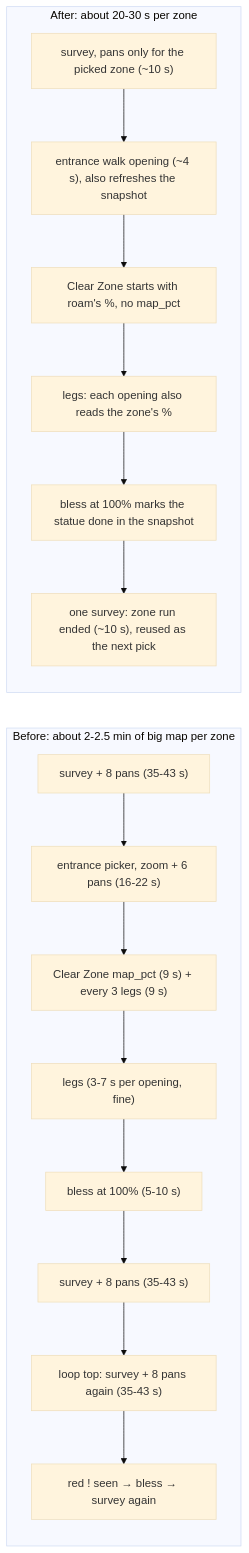
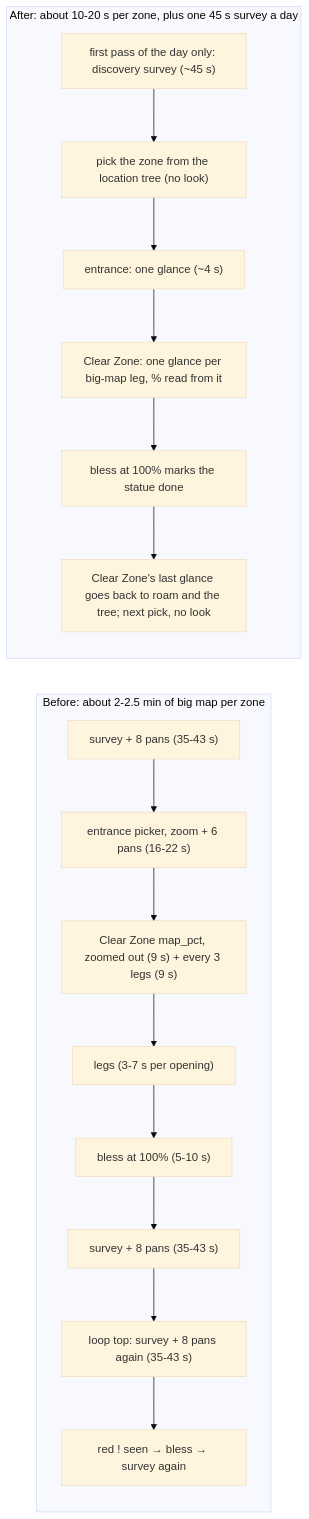
One commit to Sun-flow/sxs-agent changed the second of 2 diagrams in docs/big-map-survey.md. Above: the diagram before and after it, drawn with Mermaid (base theme). The commit also changed other lines of this file and 3 other files, not shown here.

First line of the commit message:
Big-map survey doc: mae's decisions (glances for walking, discovery survey once a day)

````diff
--- a/docs/big-map-survey.md
+++ b/docs/big-map-survey.md
@@ -186,21 +204,21 @@
 ```mermaid
 flowchart LR
     subgraph Before["Before: about 2-2.5 min of big map per zone"]
         direction TB
         b1["survey + 8 pans (35-43 s)"] --> b2["entrance picker, zoom + 6 pans (16-22 s)"]
-        b2 --> b3["Clear Zone map_pct (9 s) + every 3 legs (9 s)"]
-        b3 --> b4["legs (3-7 s per opening, fine)"]
+        b2 --> b3["Clear Zone map_pct, zoomed out (9 s) + every 3 legs (9 s)"]
+        b3 --> b4["legs (3-7 s per opening)"]
         b4 --> b5["bless at 100% (5-10 s)"]
         b5 --> b6["survey + 8 pans (35-43 s)"]
         b6 --> b7["loop top: survey + 8 pans again (35-43 s)"]
         b7 --> b8["red ! seen → bless → survey again"]
     end
-    subgraph After["After: about 20-30 s per zone"]
+    subgraph After["After: about 10-20 s per zone, plus one 45 s survey a day"]
         direction TB
-        a1["survey, pans only for the picked zone (~10 s)"] --> a2["entrance walk opening (~4 s), also refreshes the snapshot"]
-        a2 --> a3["Clear Zone starts with roam's %, no map_pct"]
-        a3 --> a4["legs: each opening also reads the zone's %"]
-        a4 --> a5["bless at 100% marks the statue done in the snapshot"]
-        a5 --> a6["one survey: zone run ended (~10 s), reused as the next pick"]
+        a0["first pass of the day only: discovery survey (~45 s)"] --> a1["pick the zone from the location tree (no look)"]
+        a1 --> a2["entrance: one glance (~4 s)"]
+        a2 --> a3["Clear Zone: one glance per big-map leg, % read from it"]
+        a3 --> a4["bless at 100% marks the statue done"]
+        a4 --> a5["Clear Zone's last glance goes back to roam and the tree; next pick, no look"]
     end
 ```
````
